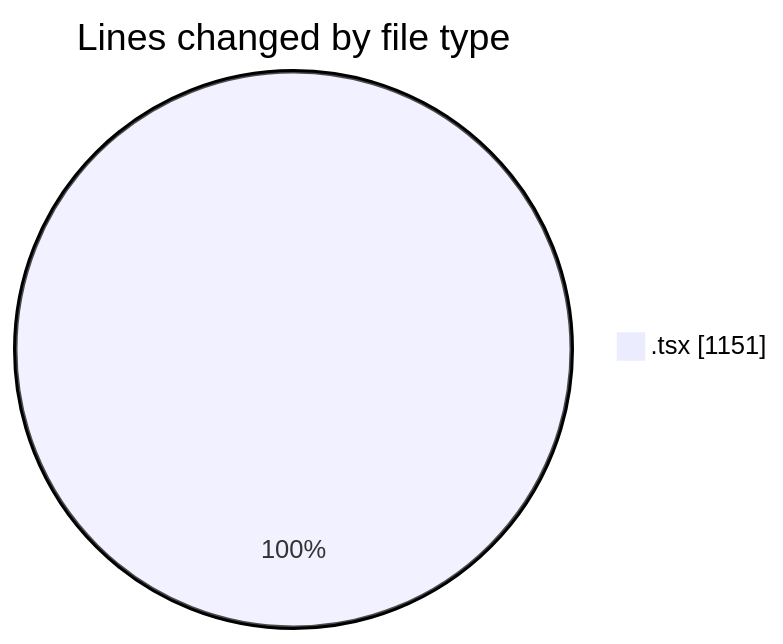
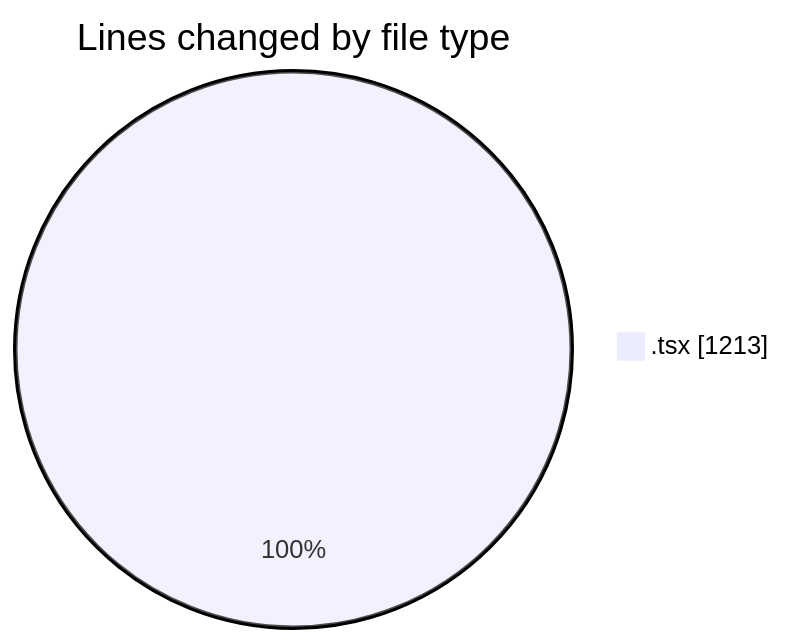
Before and after one commit to momahboobian/code-tracking: the first of 2 diagrams in 2025-11-20/cda/README.md, drawn with Mermaid. The commit also changed other lines of this file and 1 other file, not shown here.

````diff
--- a/2025-11-20/cda/README.md
+++ b/2025-11-20/cda/README.md
@@ -23,5 +23,5 @@
 ```mermaid
 pie showData
 title Lines changed by file type
-".tsx" : 1151
+".tsx" : 1213
 ```
````
